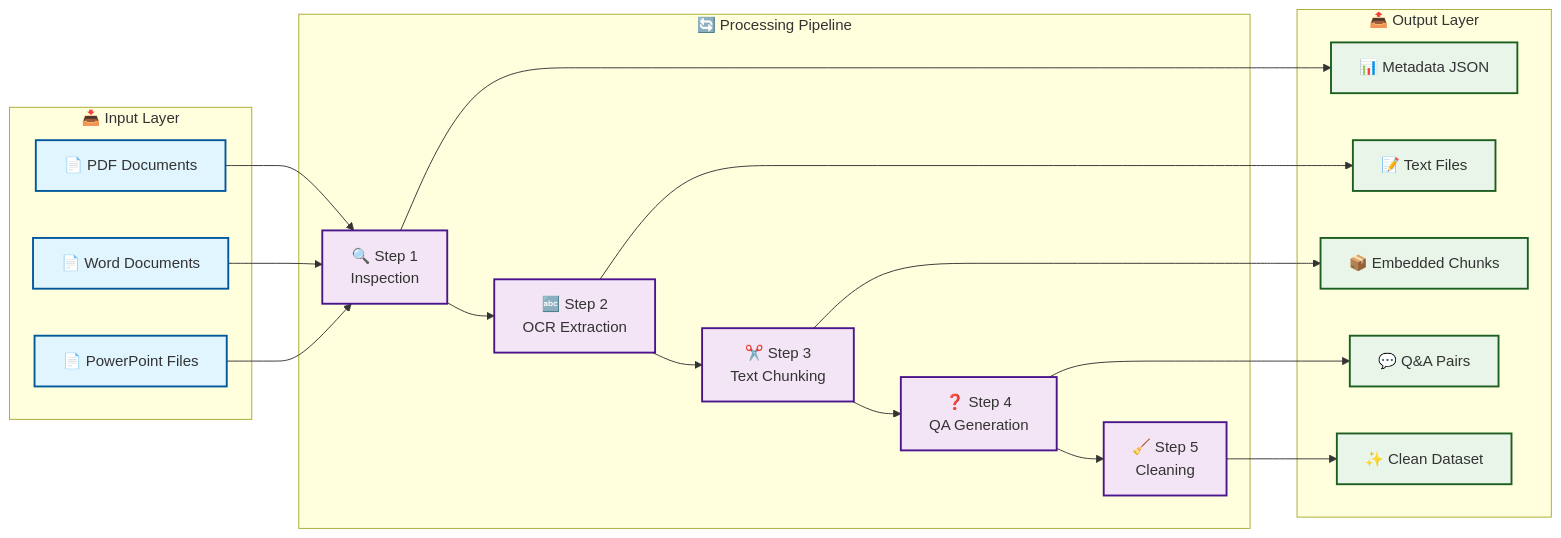
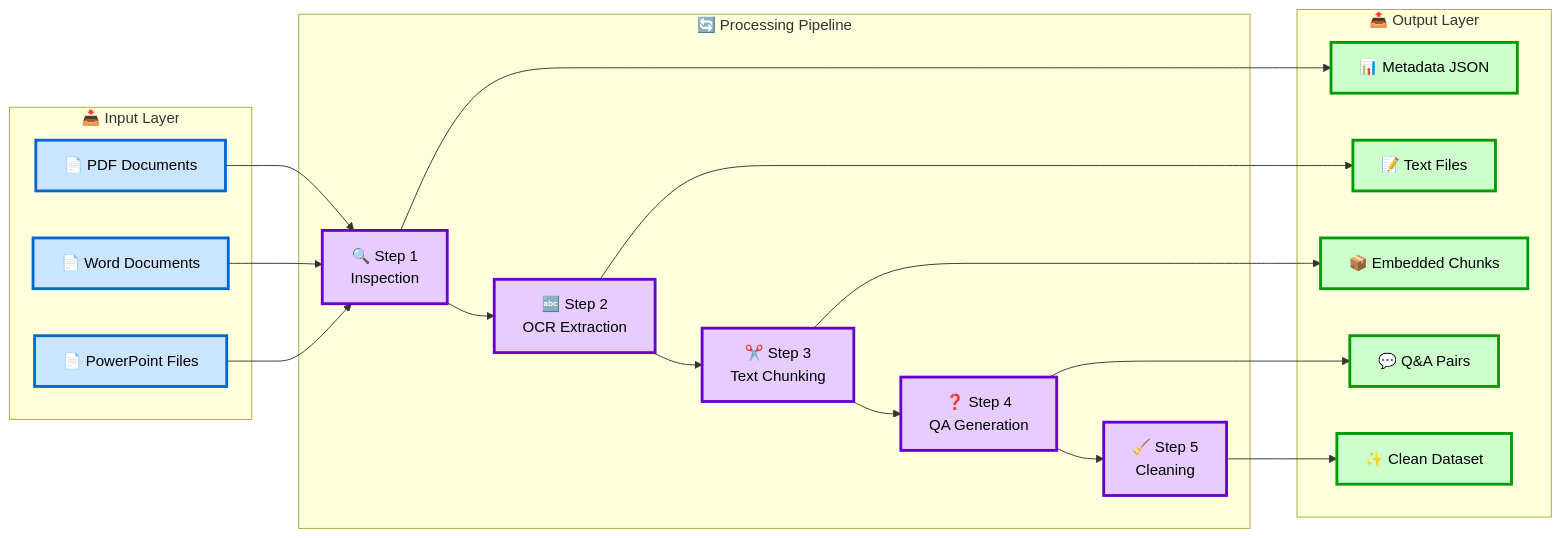
Before and after one commit to HishamSunjeq/DocumentAI-Prep: the third of 6 diagrams in docs/project_diagram.md, drawn with Mermaid. The commit also changed other lines of this file, not shown here.

````diff
--- a/docs/project_diagram.md
+++ b/docs/project_diagram.md
@@ -164,48 +164,48 @@
 ```mermaid
 graph LR
     subgraph "📥 Input Layer"
         PDF[📄 PDF Documents]
         DOCX[📄 Word Documents]
         PPTX[📄 PowerPoint Files]
     end
 
     subgraph "🔄 Processing Pipeline"
         S1[🔍 Step 1<br/>Inspection]
         S2[🔤 Step 2<br/>OCR Extraction]
         S3[✂️ Step 3<br/>Text Chunking]
         S4[❓ Step 4<br/>QA Generation]
         S5[🧹 Step 5<br/>Cleaning]
     end
 
     subgraph "📤 Output Layer"
         META[📊 Metadata JSON]
         TEXT[📝 Text Files]
         CHUNKS[📦 Embedded Chunks]
         QA_PAIRS[💬 Q&A Pairs]
         CLEAN_DATA[✨ Clean Dataset]
     end
 
     %% Flow connections
     PDF --> S1
     DOCX --> S1
     PPTX --> S1
 
     S1 --> META
     S1 --> S2
     S2 --> TEXT
     S2 --> S3
     S3 --> CHUNKS
     S3 --> S4
     S4 --> QA_PAIRS
     S4 --> S5
     S5 --> CLEAN_DATA
 
     %% Styling
-    classDef input fill:#e1f5fe,stroke:#01579b,stroke-width:2px
-    classDef process fill:#f3e5f5,stroke:#4a148c,stroke-width:2px
-    classDef output fill:#e8f5e8,stroke:#1b5e20,stroke-width:2px
+    classDef input fill:#cce5ff,stroke:#0066cc,stroke-width:3px,color:#000000
+    classDef process fill:#e6ccff,stroke:#6600cc,stroke-width:3px,color:#000000
+    classDef output fill:#ccffcc,stroke:#009900,stroke-width:3px,color:#000000
 
     class PDF,DOCX,PPTX input
     class S1,S2,S3,S4,S5 process
     class META,TEXT,CHUNKS,QA_PAIRS,CLEAN_DATA output
 ```
````
